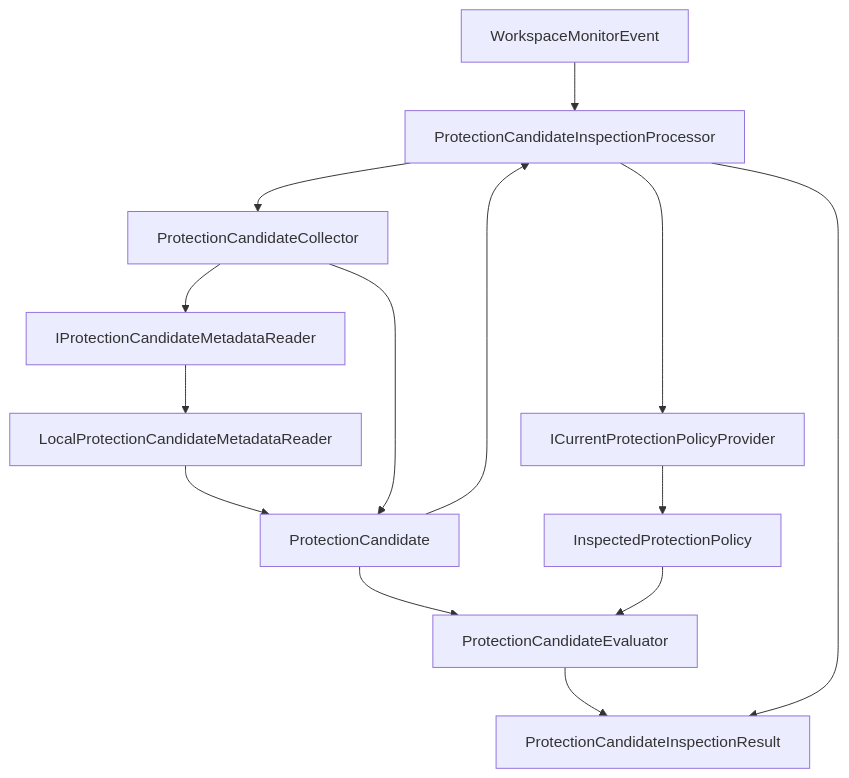
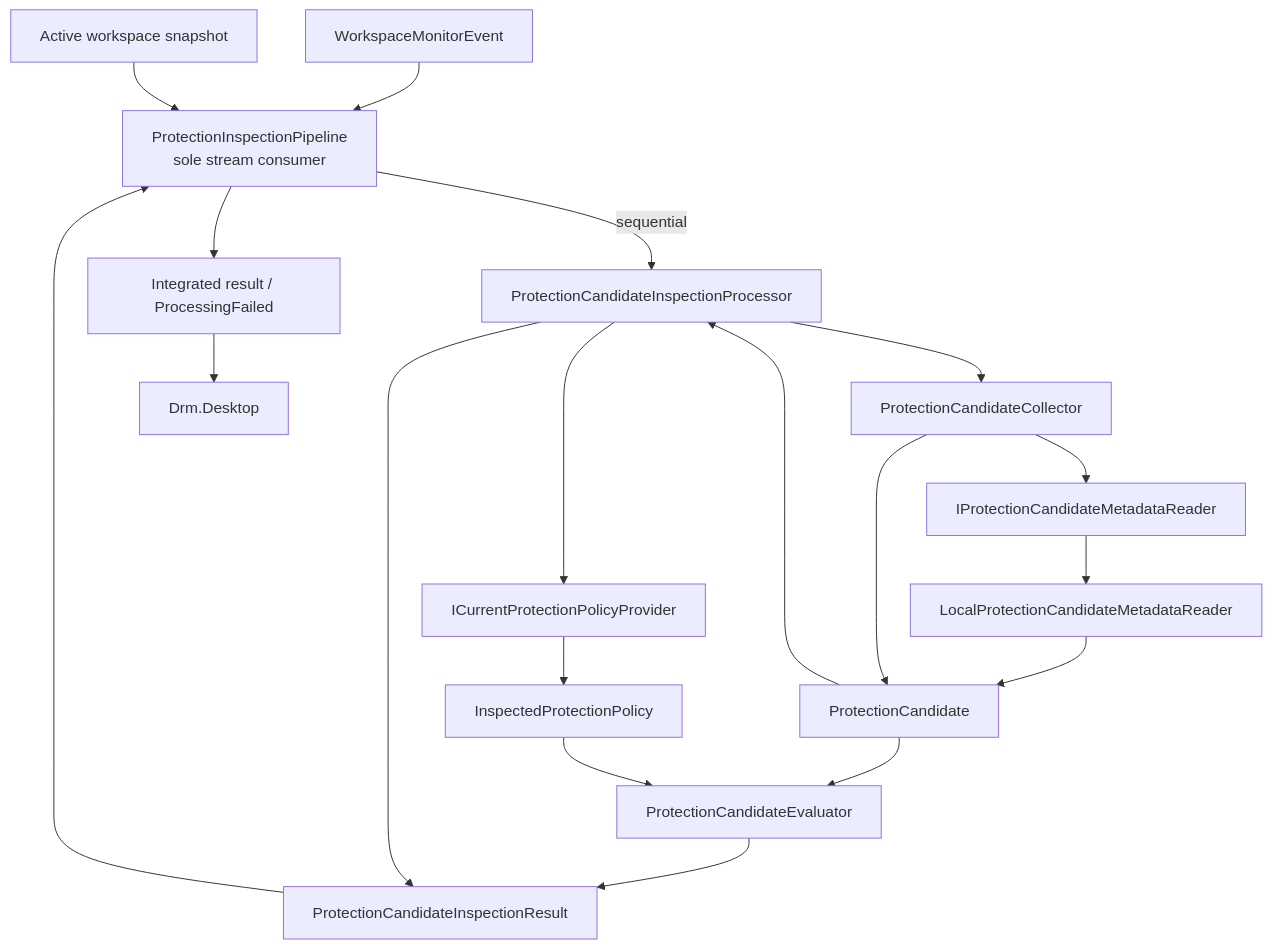
The third of 4 diagrams in docs/architecture-flows.md (forpublicmskim-hub/MY_DRM), drawn with Mermaid before and after one commit. The commit also changed other lines of this file and 20 other files, not shown here.

First line of the commit message:
feat: connect protection inspection pipeline

````diff
--- a/docs/architecture-flows.md
+++ b/docs/architecture-flows.md
@@ -68,27 +73,35 @@
 ```mermaid
 flowchart TB
     Event["WorkspaceMonitorEvent"]
+    Pipeline["ProtectionInspectionPipeline<br/>sole stream consumer"]
+    Workspace["Active workspace snapshot"]
     Processor["ProtectionCandidateInspectionProcessor"]
     Collector["ProtectionCandidateCollector"]
     Reader["IProtectionCandidateMetadataReader"]
     LocalReader["LocalProtectionCandidateMetadataReader"]
     Candidate["ProtectionCandidate"]
     Provider["ICurrentProtectionPolicyProvider"]
     Policy["InspectedProtectionPolicy"]
     Evaluator["ProtectionCandidateEvaluator"]
     Result["ProtectionCandidateInspectionResult"]
+    Integrated["Integrated result / ProcessingFailed"]
+    Desktop["Drm.Desktop"]
 
-    Event --> Processor
+    Event --> Pipeline
+    Workspace --> Pipeline
+    Pipeline -->|"sequential"| Processor
     Processor --> Collector
     Collector --> Reader
     Reader --> LocalReader
     LocalReader --> Candidate
     Collector --> Candidate
     Candidate --> Processor
     Processor --> Provider
     Provider --> Policy
     Candidate --> Evaluator
     Policy --> Evaluator
     Evaluator --> Result
     Processor --> Result
+    Result --> Pipeline
+    Pipeline --> Integrated --> Desktop
 ```
````
